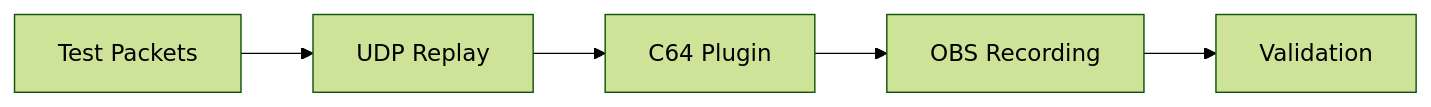
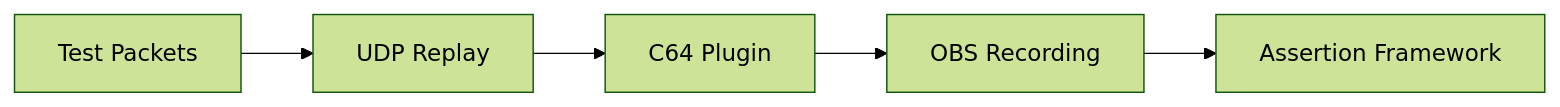
One commit to chrisgleissner/c64stream changed the first of 5 diagrams in doc/e2e.md. Above: the diagram before and after it, drawn with Mermaid (forest theme). The commit also changed other lines of this file and 31 other files, not shown here.

````diff
--- a/doc/e2e.md
+++ b/doc/e2e.md
@@ -43,7 +45,7 @@
 ```mermaid
 graph LR
     A[Test Packets] --> B[UDP Replay]
     B --> C[C64 Plugin]
     C --> D[OBS Recording]
-    D --> E[Validation]
+    D --> E[Assertion Framework]
 ```
````
